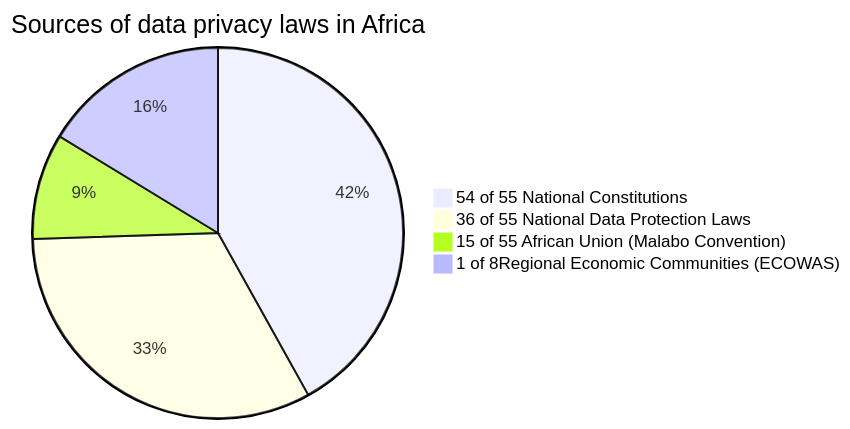
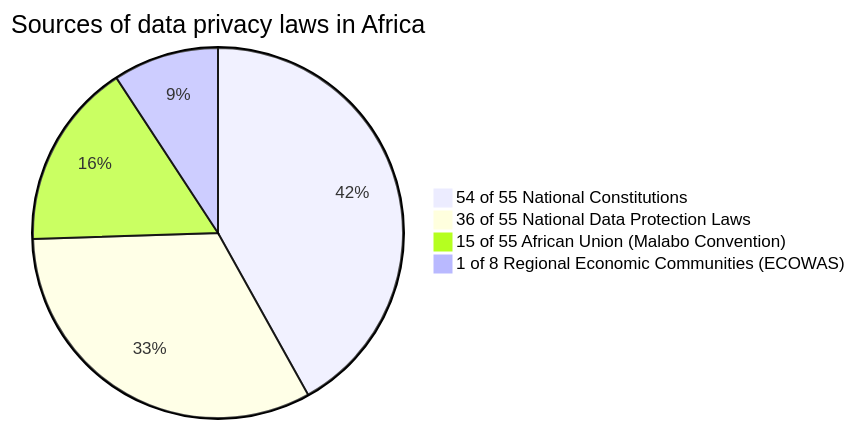
One commit to aovabo/blogger changed the diagram in testdata/posts/first.md. Above: the diagram before and after it, drawn with Mermaid.

````diff
--- a/testdata/posts/first.md
+++ b/testdata/posts/first.md
@@ -8,8 +8,8 @@
 ```mermaid
 pie
     title Sources of data privacy laws in Africa
     "54 of 55 National Constitutions" : 386
     "36 of 55 National Data Protection Laws" : 300
-    "15 of 55 African Union (Malabo Convention) " : 85
-    "1 of 8Regional Economic Communities (ECOWAS)" : 150 
+    "15 of 55 African Union (Malabo Convention) " : 150
+    "1 of 8 Regional Economic Communities (ECOWAS)" : 85 
 ```
````
